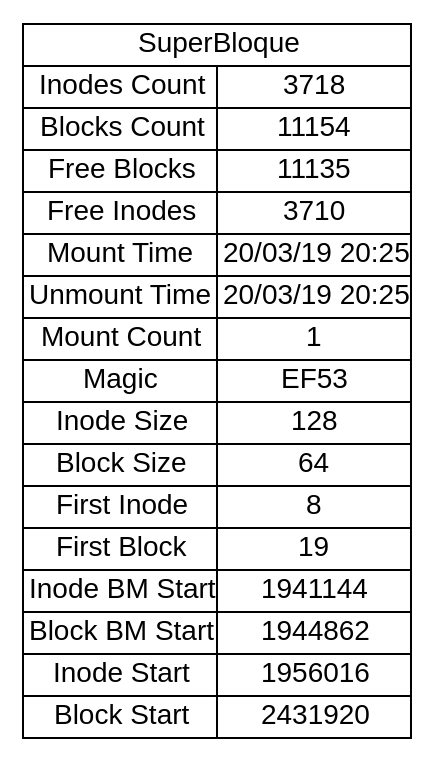
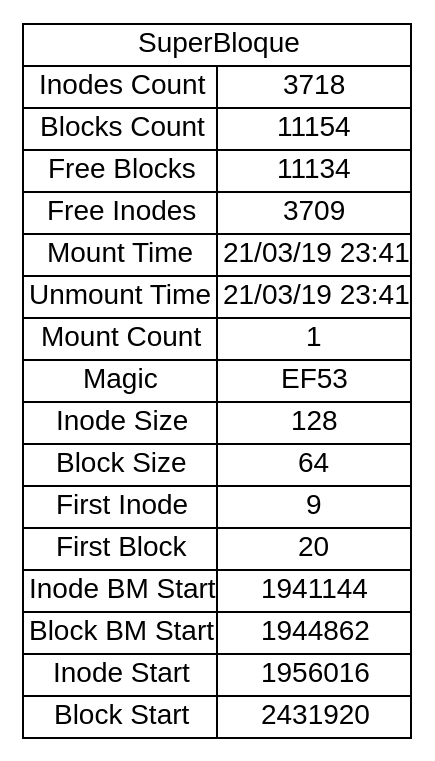
Before and after one commit to SebastianSNZ/FailsOwO: the diagram in build-UltraFileManager-Desktop_Qt_5_10_0_GCC_64bit-Debug/superblock.dot, drawn with Graphviz. The commit also changed 9 other files, not shown here.

```diff
--- a/build-UltraFileManager-Desktop_Qt_5_10_0_GCC_64bit-Debug/superblock.dot
+++ b/build-UltraFileManager-Desktop_Qt_5_10_0_GCC_64bit-Debug/superblock.dot
@@ -1,27 +1,27 @@
 digraph g {
 rankdir = LR;
 graph [fontname = "arial"];
 node [fontname = "arial"];
 edge [fontname = "arial"];
 	blsupinterb [shape=none, margin=0, label =<
 		<table border="0" cellborder="1" cellspacing="0">
 			<tr> <td colspan = "2">SuperBloque</td> </tr>
 			<tr> <td>Inodes Count</td> <td>3718</td> </tr>
 			<tr> <td>Blocks Count</td> <td>11154</td> </tr>
-			<tr> <td>Free Blocks</td> <td>11135</td> </tr>
-			<tr> <td>Free Inodes</td> <td>3710</td> </tr>
-			<tr> <td>Mount Time</td> <td>20/03/19 20:25</td> </tr>
-			<tr> <td>Unmount Time</td> <td>20/03/19 20:25</td> </tr>
+			<tr> <td>Free Blocks</td> <td>11134</td> </tr>
+			<tr> <td>Free Inodes</td> <td>3709</td> </tr>
+			<tr> <td>Mount Time</td> <td>21/03/19 23:41</td> </tr>
+			<tr> <td>Unmount Time</td> <td>21/03/19 23:41</td> </tr>
 			<tr> <td>Mount Count</td> <td>1</td> </tr>
 			<tr> <td>Magic</td> <td>EF53</td> </tr>
 			<tr> <td>Inode Size</td> <td>128</td> </tr>
 			<tr> <td>Block Size</td> <td>64</td> </tr>
-			<tr> <td>First Inode</td> <td>8</td> </tr>
-			<tr> <td>First Block</td> <td>19</td> </tr>
+			<tr> <td>First Inode</td> <td>9</td> </tr>
+			<tr> <td>First Block</td> <td>20</td> </tr>
 			<tr> <td>Inode BM Start</td> <td>1941144</td> </tr>
 			<tr> <td>Block BM Start</td> <td>1944862</td> </tr>
 			<tr> <td>Inode Start</td> <td>1956016</td> </tr>
 			<tr> <td>Block Start</td> <td>2431920</td> </tr>
 	</table> >];
 
 }
```
